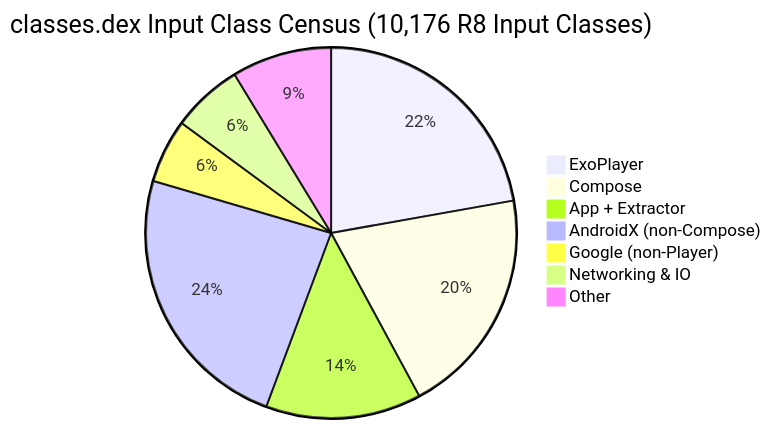
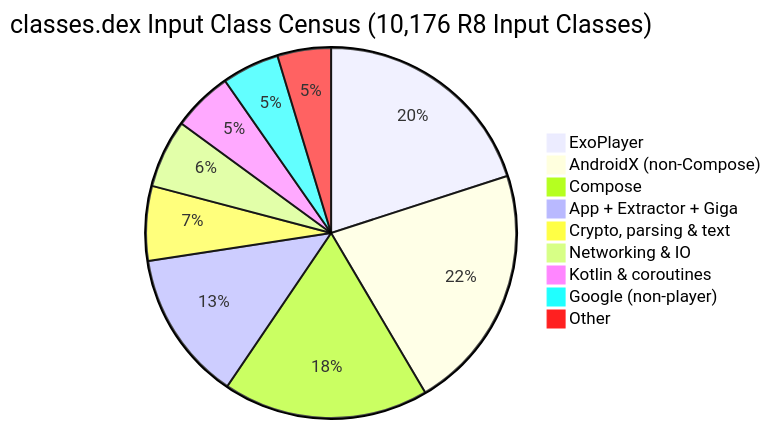
The second of 3 diagrams in docs/apk-size-analysis/README.md (360ied/PipePipe), drawn with Mermaid before and after one commit. The commit also changed other lines of this file, not shown here.

````diff
--- a/docs/apk-size-analysis/README.md
+++ b/docs/apk-size-analysis/README.md
@@ -112,10 +114,12 @@
 ```mermaid
 pie title classes.dex Input Class Census (10,176 R8 Input Classes)
     "ExoPlayer" : 2037
+    "AndroidX (non-Compose)" : 2188
     "Compose" : 1827
-    "App + Extractor" : 1246
-    "AndroidX (non-Compose)" : 2188
-    "Google (non-Player)" : 510
-    "Networking & IO" : 569
-    "Other" : 799
+    "App + Extractor + Giga" : 1334
+    "Crypto, parsing & text" : 663
+    "Networking & IO" : 606
+    "Kotlin & coroutines" : 535
+    "Google (non-player)" : 510
+    "Other" : 476
 ```
````
